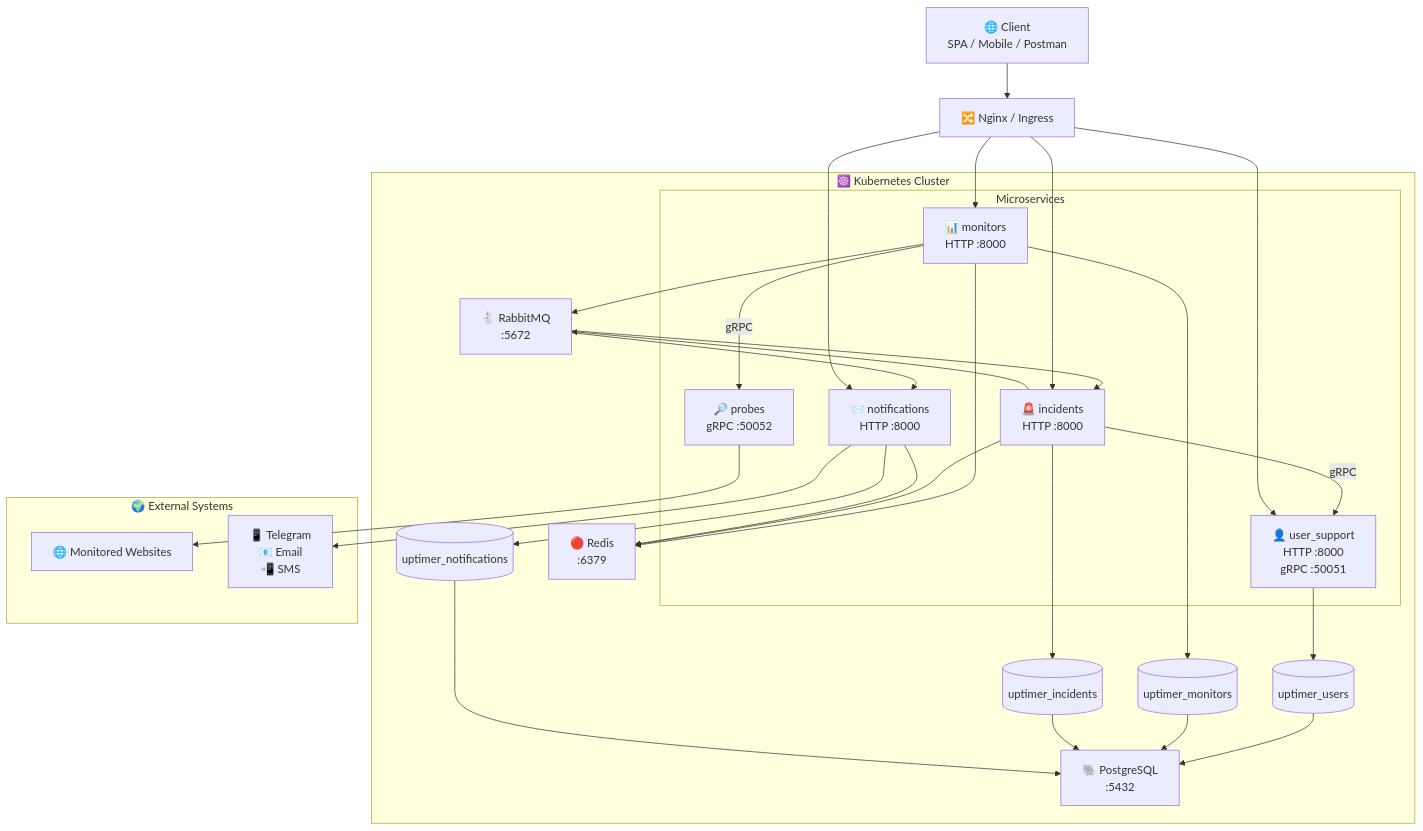
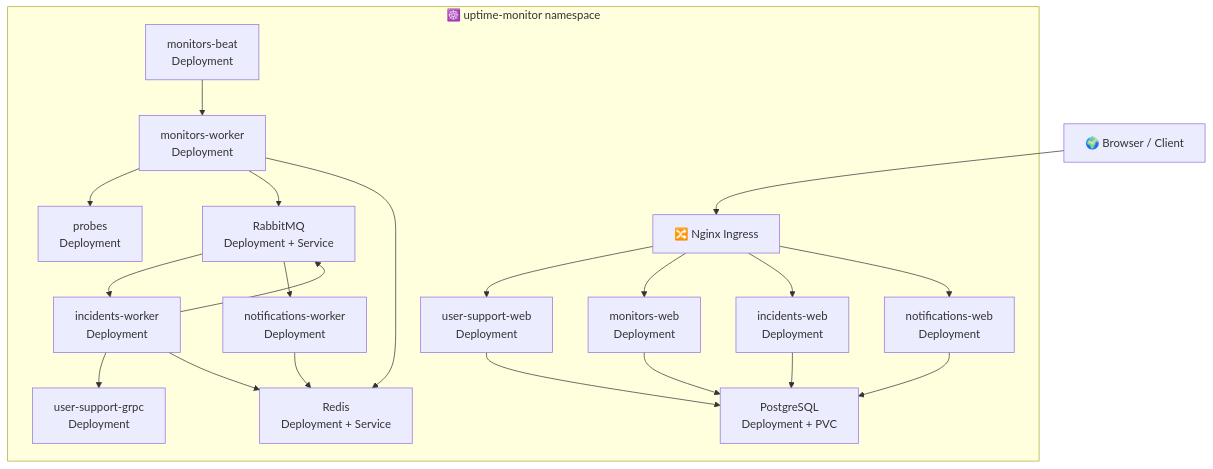
One commit to x1ryrgg/uptime_motinor_app changed the second of 2 diagrams in README.md. Above: the diagram before and after it, drawn with Mermaid.

````diff
--- a/README.md
+++ b/README.md
@@ -202,76 +202,56 @@
 ```mermaid
 flowchart TB
 
-    Client["🌐 Client<br/>SPA / Mobile / Postman"]
+    Internet["🌍 Browser / Client"]
 
-    Nginx["🔀 Nginx / Ingress"]
+    Ingress["🔀 Nginx Ingress"]
 
-    Client --> Nginx
+    Internet --> Ingress
 
-    subgraph Kubernetes["☸️ Kubernetes Cluster"]
+    subgraph K8S["☸️ uptime-monitor namespace"]
 
-        subgraph Services["Microservices"]
+        US["user-support-web<br/>Deployment"]
+        USG["user-support-grpc<br/>Deployment"]
 
-            US["👤 user_support<br/>HTTP :8000<br/>gRPC :50051"]
+        MON["monitors-web<br/>Deployment"]
+        MONW["monitors-worker<br/>Deployment"]
+        MONB["monitors-beat<br/>Deployment"]
 
-            MON["📊 monitors<br/>HTTP :8000"]
+        PROBES["probes<br/>Deployment"]
 
-            PROBES["🔎 probes<br/>gRPC :50052"]
+        INC["incidents-web<br/>Deployment"]
+        INCW["incidents-worker<br/>Deployment"]
 
-            INC["🚨 incidents<br/>HTTP :8000"]
+        NOT["notifications-web<br/>Deployment"]
+        NOTW["notifications-worker<br/>Deployment"]
 
-            NOTIF["📨 notifications<br/>HTTP :8000"]
+        Rabbit["RabbitMQ<br/>Deployment + Service"]
+        Redis["Redis<br/>Deployment + Service"]
 
-        end
+        PG["PostgreSQL<br/>Deployment + PVC"]
 
-        Rabbit["🐇 RabbitMQ<br/>:5672"]
+        Ingress --> US
+        Ingress --> MON
+        Ingress --> INC
+        Ingress --> NOT
 
-        Redis["🔴 Redis<br/>:6379"]
+        MONW --> PROBES
+        MONB --> MONW
 
-        Postgres["🐘 PostgreSQL<br/>:5432"]
+        MONW --> Rabbit
+        Rabbit --> INCW
+        INCW --> Rabbit
+        Rabbit --> NOTW
 
-        US_DB[("uptimer_users")]
-        MON_DB[("uptimer_monitors")]
-        INC_DB[("uptimer_incidents")]
-        NOTIF_DB[("uptimer_notifications")]
+        INCW --> USG
 
-        US --> US_DB
-        MON --> MON_DB
-        INC --> INC_DB
-        NOTIF --> NOTIF_DB
+        MONW --> Redis
+        INCW --> Redis
+        NOTW --> Redis
 
-        MON --> Rabbit
-        Rabbit --> INC
-        INC --> Rabbit
-        Rabbit --> NOTIF
-
-        MON -->|"gRPC"| PROBES
-        INC -->|"gRPC"| US
-
-        MON --> Redis
-        INC --> Redis
-        NOTIF --> Redis
-
-        US_DB --> Postgres
-        MON_DB --> Postgres
-        INC_DB --> Postgres
-        NOTIF_DB --> Postgres
+        US --> PG
+        MON --> PG
+        INC --> PG
+        NOT --> PG
     end
-
-    subgraph External["🌍 External Systems"]
-
-        Sites["🌐 Monitored Websites"]
-
-        Providers["📱 Telegram<br/>📧 Email<br/>📲 SMS"]
-
-    end
-
-    Nginx --> US
-    Nginx --> MON
-    Nginx --> INC
-    Nginx --> NOTIF
-
-    PROBES --> Sites
-
-    NOTIF --> Providers
 ```
````
